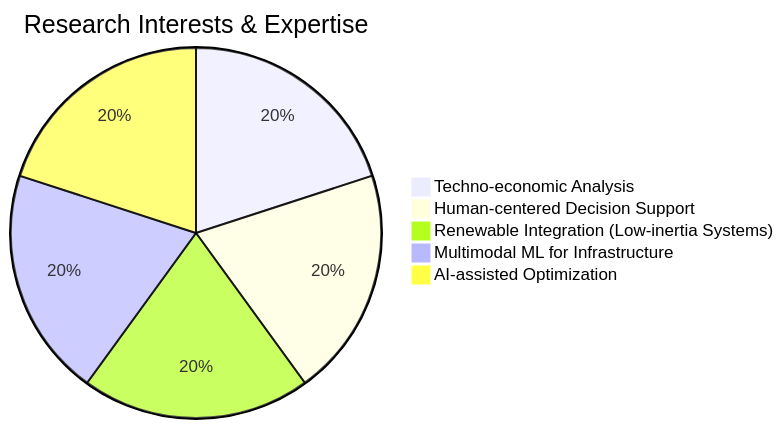
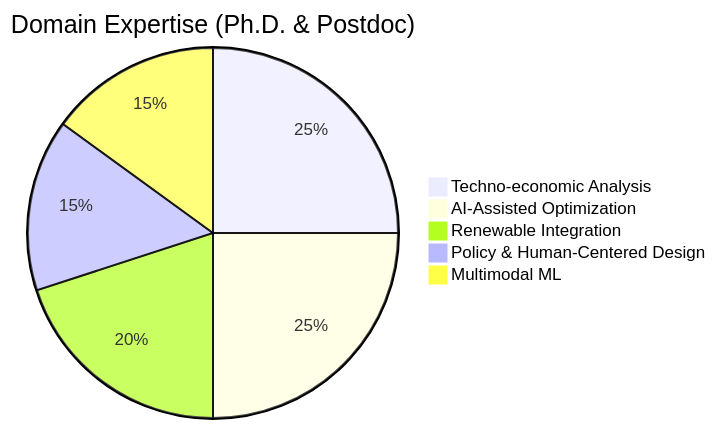
Before and after one commit to BurhanAbdullah/BurhanAbdullah: the diagram in README.md, drawn with Mermaid. The commit also changed other lines of this file, not shown here.

````diff
--- a/README.md
+++ b/README.md
@@ -10,8 +13,8 @@
 ```mermaid
-pie title Research Interests & Expertise
-    "Techno-economic Analysis" : 20
-    "Human-centered Decision Support" : 20
-    "Renewable Integration (Low-inertia Systems)" : 20
-    "Multimodal ML for Infrastructure" : 20
-    "AI-assisted Optimization" : 20
+pie title Domain Expertise (Ph.D. & Postdoc)
+    "Techno-economic Analysis" : 25
+    "AI-Assisted Optimization" : 25
+    "Renewable Integration" : 20
+    "Policy & Human-Centered Design" : 15
+    "Multimodal ML" : 15
 ```
````
